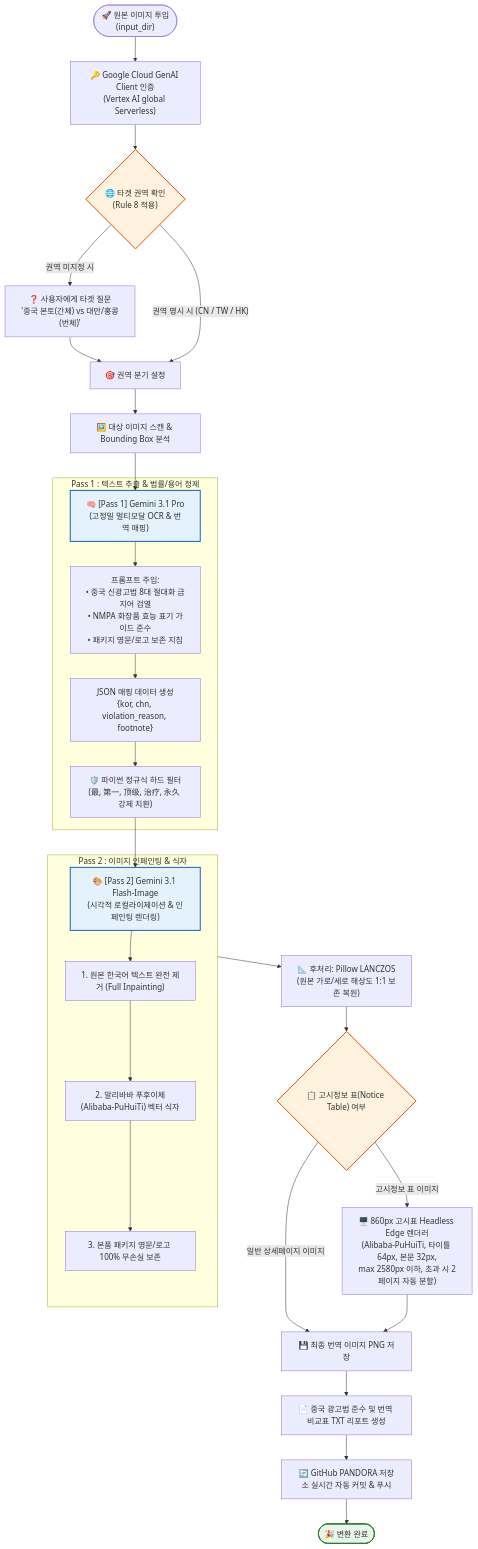
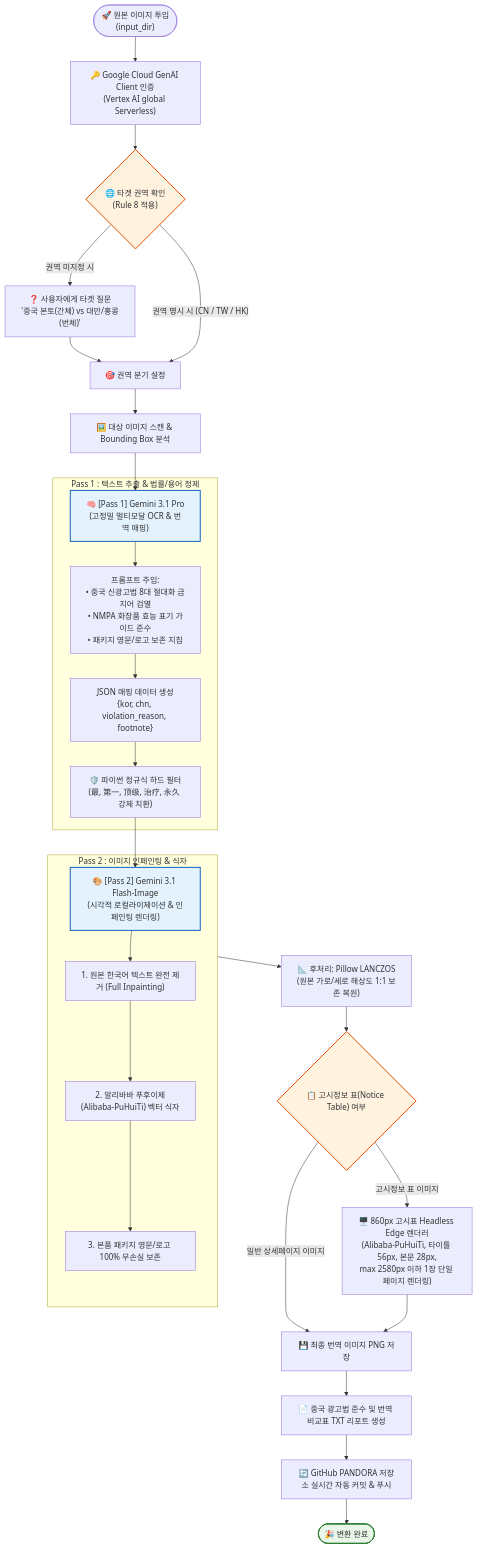
One commit to euntaewoo/PANDORA changed the diagram in 중국어/CN_Engine_Workflow_and_TechStack.md. Above: the diagram before and after it, drawn with Mermaid. The commit also changed 1 other file, not shown here.

Commit message:
docs: synchronize Chinese notice table typography (56px/28px) across all doc files

````diff
--- a/중국어/CN_Engine_Workflow_and_TechStack.md
+++ b/중국어/CN_Engine_Workflow_and_TechStack.md
@@ -14,46 +14,47 @@
 ```mermaid
 flowchart TD
     %% [기초 엔진 주석]: 프로토엔진(PROTO_Engine_V0) 코어 기반 중국어권 특화 파생 모델
     Start(["🚀 원본 이미지 투입<br>(input_dir)"]) --> Auth["🔑 Google Cloud GenAI Client 인증<br>(Vertex AI global Serverless)"]
     Auth --> CheckRegion{"🌐 타겟 권역 확인<br>(Rule 8 적용)"}
 
 
     CheckRegion -- "권역 미지정 시" --> AskUser["❓ 사용자에게 타겟 질문<br>'중국 본토(간체) vs 대만/홍콩(번체)'"]
     AskUser --> Branch
     CheckRegion -- "권역 명시 시 (CN / TW / HK)" --> Branch["🎯 권역 분기 설정"]
 
     Branch --> ScanImages["🖼️ 대상 이미지 스캔 & Bounding Box 분석"]
     ScanImages --> Pass1["🧠 [Pass 1] Gemini 3.1 Pro<br>(고정밀 멀티모달 OCR & 번역 매핑)"]
 
     subgraph Pass1_Detail ["Pass 1 : 텍스트 추출 & 법률/용어 정제"]
         Pass1 --> P1_Prompt["프롬프트 주입:<br>• 중국 신광고법 8대 절대화 금지어 검열<br>• NMPA 화장품 효능 표기 가이드 준수<br>• 패키지 영문/로고 보존 지침"]
         P1_Prompt --> P1_Gen["JSON 매핑 데이터 생성<br>{kor, chn, violation_reason, footnote}"]
         P1_Gen --> P1_Regex["🛡️ 파이썬 정규식 하드 필터<br>(最, 第一, 顶级, 治疗, 永久 강제 치환)"]
     end
 
     P1_Regex --> Pass2["🎨 [Pass 2] Gemini 3.1 Flash-Image<br>(시각적 로컬라이제이션 & 인페인팅 렌더링)"]
 
     subgraph Pass2_Detail ["Pass 2 : 이미지 인페인팅 & 식자"]
         Pass2 --> P2_Erase["1. 원본 한국어 텍스트 완전 제거 (Full Inpainting)"]
         P2_Erase --> P2_Font["2. 알리바바 푸후이체(Alibaba-PuHuiTi) 벡터 식자"]
         P2_Font --> P2_Package["3. 본품 패키지 영문/로고 100% 무손실 보존"]
     end
 
     Pass2_Detail --> PostProc["📐 후처리: Pillow LANCZOS<br>(원본 가로/세로 해상도 1:1 보존 복원)"]
     
     PostProc --> TableCheck{"📋 고시정보 표(Notice Table) 여부"}
     TableCheck -- "일반 상세페이지 이미지" --> SaveImg["💾 최종 번역 이미지 PNG 저장"]
-    TableCheck -- "고시정보 표 이미지" --> TableRenderer["🖥️ 860px 고시표 Headless Edge 렌더러<br>(Alibaba-PuHuiTi, 타이틀 64px, 본문 32px,<br>max 2580px 이하, 초과 시 2페이지 자동 분할)"]
+    TableCheck -- "고시정보 표 이미지" --> TableRenderer["🖥️ 860px 고시표 Headless Edge 렌더러<br>(Alibaba-PuHuiTi, 타이틀 56px, 본문 28px,<br>max 2580px 이하 1장 단일 페이지 렌더링)"]
     TableRenderer --> SaveImg
+
 
     SaveImg --> Report["📄 중국 광고법 준수 및 번역 비교표 TXT 리포트 생성"]
     Report --> GitSync["🔄 GitHub PANDORA 저장소 실시간 자동 커밋 & 푸시"]
     GitSync --> Finish(["🎉 변환 완료"])
 
     classDef passClass fill:#e3f2fd,stroke:#1565c0,stroke-width:2px;
     classDef checkClass fill:#fff3e0,stroke:#e65100,stroke-width:2px;
     classDef finishClass fill:#e8f5e9,stroke:#2e7d32,stroke-width:2px;
     class Pass1,Pass2 passClass;
     class CheckRegion,TableCheck checkClass;
     class Finish finishClass;
 ```
````
